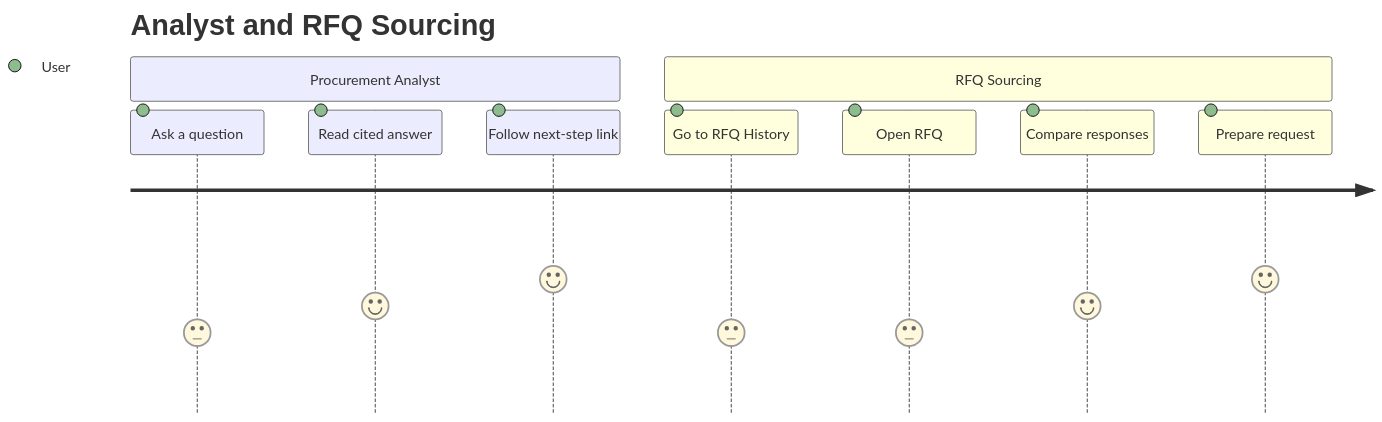
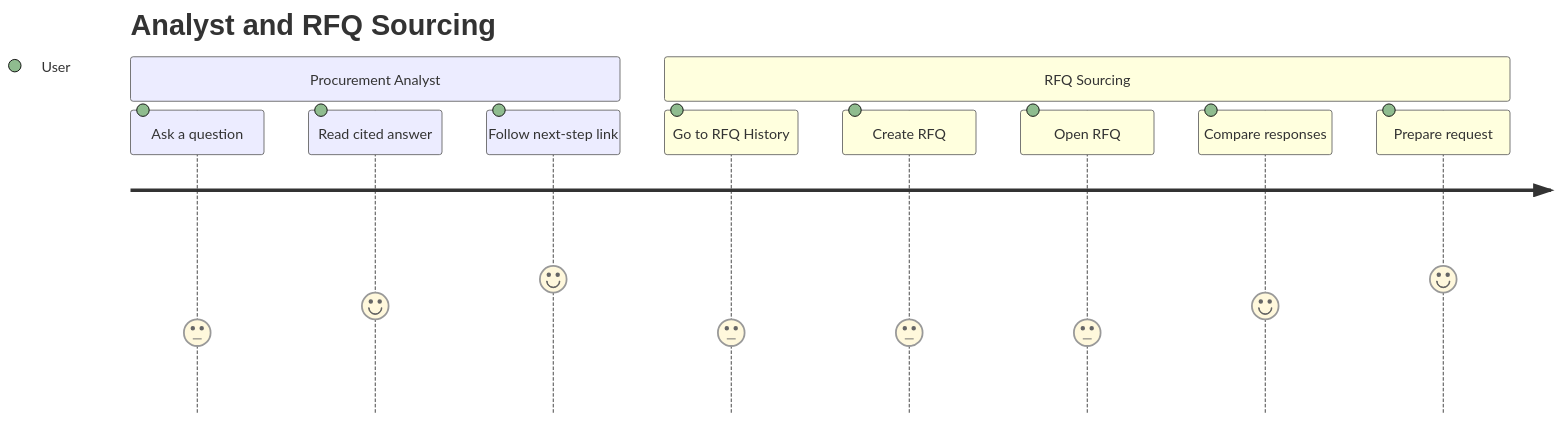
Diagram 14 of 14 in docs/user/user-flows.md (YasserHosny/ProcurePilot), drawn with Mermaid before and after one commit. The commit also changed other lines of this file and 1 other file, not shown here.

First line of the commit message:
docs: update user docs for Create RFQ fix and RFQ reply-to (PR #28, #29)

````diff
--- a/docs/user/user-flows.md
+++ b/docs/user/user-flows.md
@@ -317,13 +317,14 @@
 ```mermaid
 journey
     title Analyst and RFQ Sourcing
     section Procurement Analyst
         Ask a question: 3: User
         Read cited answer: 4: User
         Follow next-step link: 5: User
     section RFQ Sourcing
         Go to RFQ History: 3: User
+        Create RFQ: 3: User
         Open RFQ: 3: User
         Compare responses: 4: User
         Prepare request: 5: User
 ```
````
